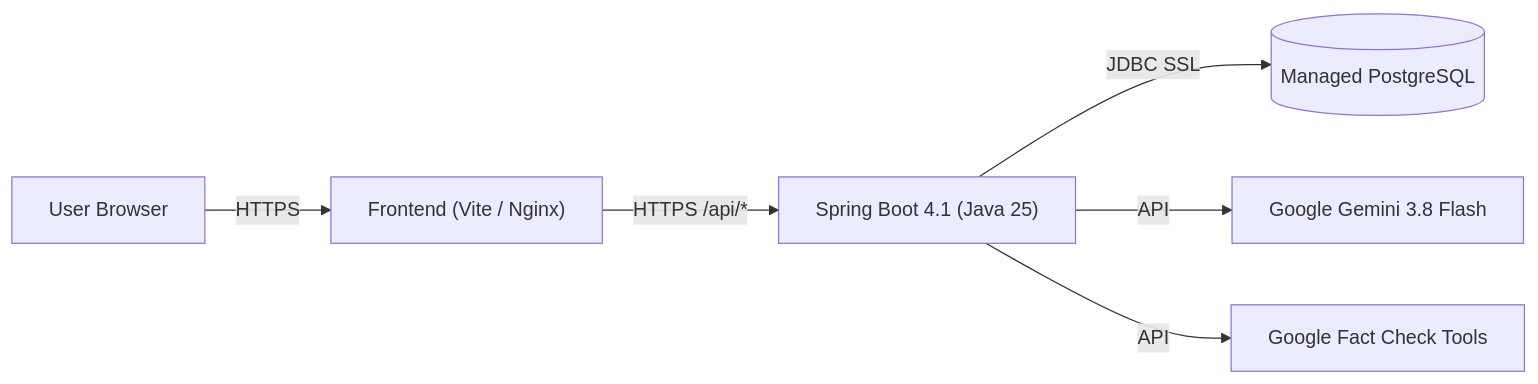
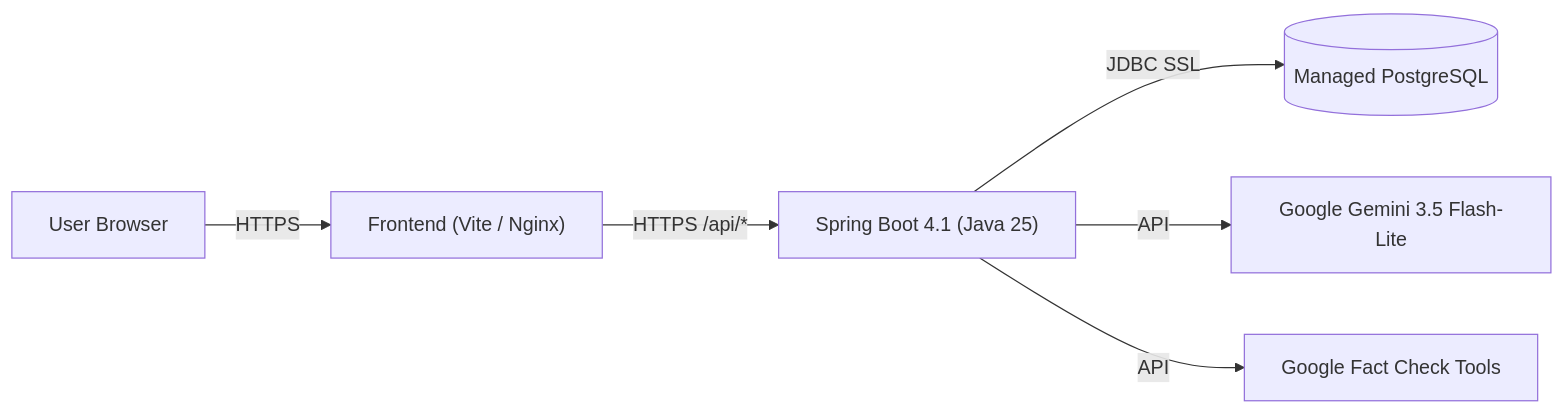
The diagram in docs/DEPLOYMENT.md (kingsmark16/VeryFact), drawn with Mermaid before and after one commit. The commit also changed other lines of this file and 57 other files, not shown here.

````diff
--- a/docs/DEPLOYMENT.md
+++ b/docs/DEPLOYMENT.md
@@ -9,8 +9,8 @@
 ```mermaid
 flowchart LR
     User["User Browser"] --> |HTTPS| Frontend["Frontend (Vite / Nginx)"]
     Frontend --> |HTTPS /api/*| Backend["Spring Boot 4.1 (Java 25)"]
     Backend --> |JDBC SSL| Postgres[("Managed PostgreSQL")]
-    Backend --> |API| Gemini["Google Gemini 3.8 Flash"]
+    Backend --> |API| Gemini["Google Gemini 3.5 Flash-Lite"]
     Backend --> |API| FactCheck["Google Fact Check Tools"]
 ```
````
